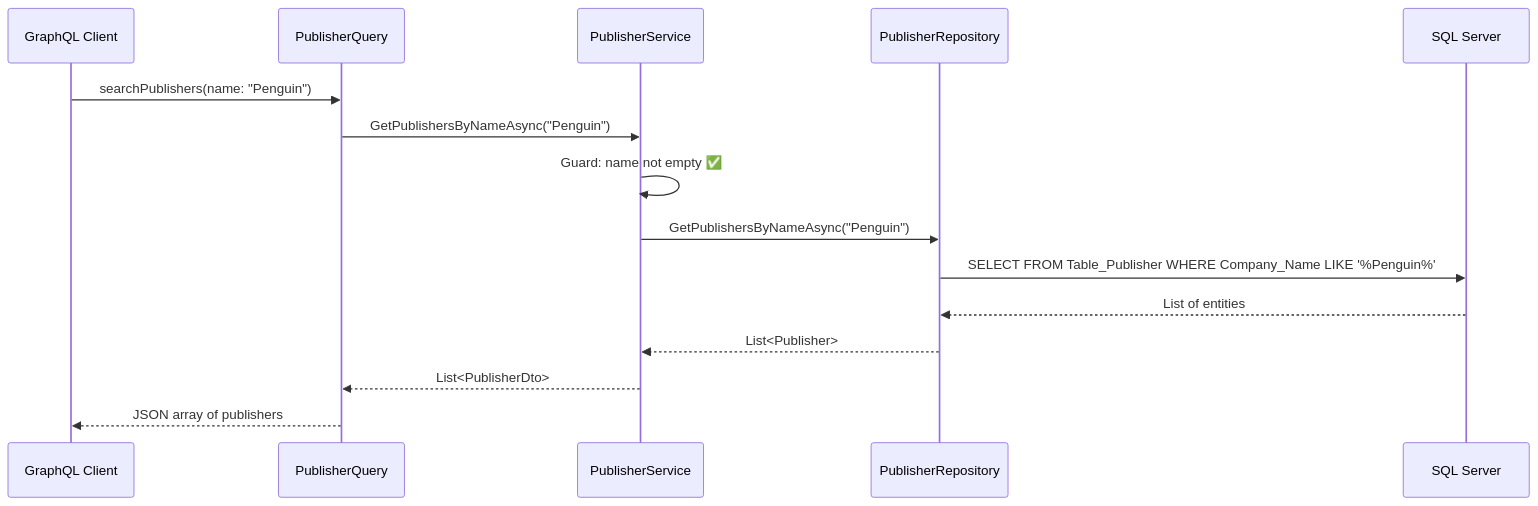
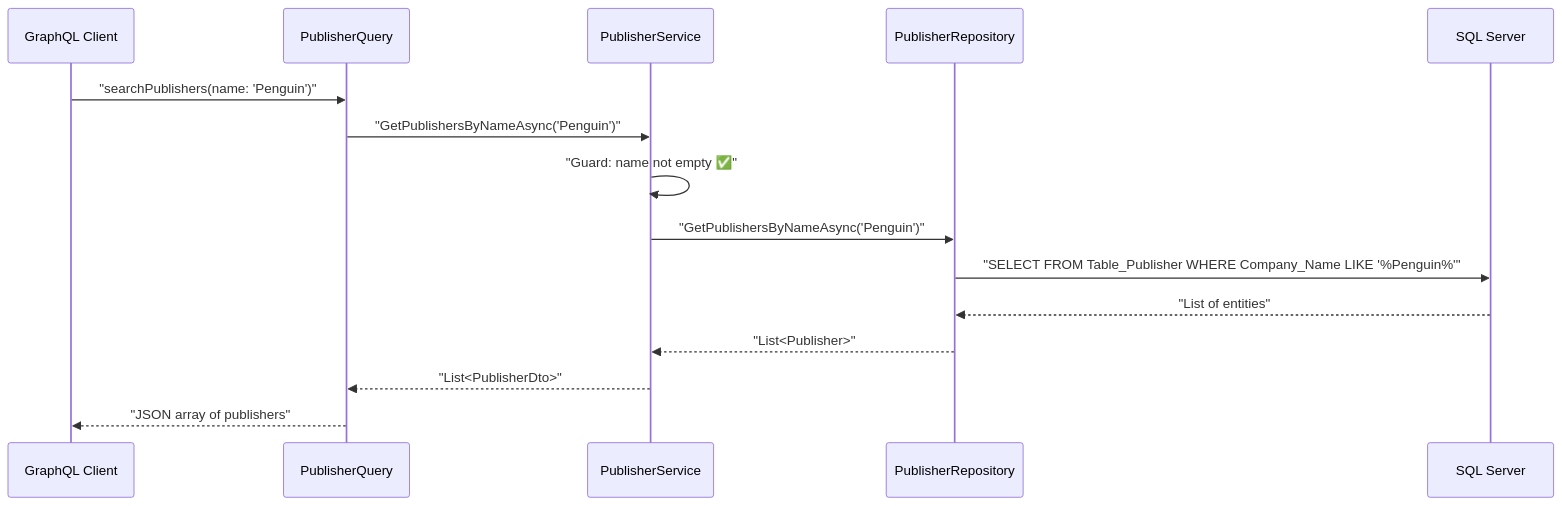
The third of 3 diagrams in PublisherService/README.md (Rashmi-1609/BookswagonAPI25), drawn with Mermaid before and after one commit. The commit also changed other lines of this file, not shown here.

````diff
--- a/PublisherService/README.md
+++ b/PublisherService/README.md
@@ -208,18 +208,18 @@
 ```mermaid
 sequenceDiagram
     participant Client as GraphQL Client
     participant Query as PublisherQuery
     participant Service as PublisherService
     participant Repo as PublisherRepository
     participant DB as SQL Server
 
-    Client->>Query: searchPublishers(name: "Penguin")
-    Query->>Service: GetPublishersByNameAsync("Penguin")
-    Service->>Service: Guard: name not empty ✅
-    Service->>Repo: GetPublishersByNameAsync("Penguin")
-    Repo->>DB: SELECT FROM Table_Publisher WHERE Company_Name LIKE '%Penguin%'
-    DB-->>Repo: List of entities
-    Repo-->>Service: List<Publisher>
-    Service-->>Query: List<PublisherDto>
-    Query-->>Client: JSON array of publishers
+    Client->>Query: "searchPublishers(name: 'Penguin')"
+    Query->>Service: "GetPublishersByNameAsync('Penguin')"
+    Service->>Service: "Guard: name not empty ✅"
+    Service->>Repo: "GetPublishersByNameAsync('Penguin')"
+    Repo->>DB: "SELECT FROM Table_Publisher WHERE Company_Name LIKE '%Penguin%'"
+    DB-->>Repo: "List of entities"
+    Repo-->>Service: "List<Publisher>"
+    Service-->>Query: "List<PublisherDto>"
+    Query-->>Client: "JSON array of publishers"
 ```
````
